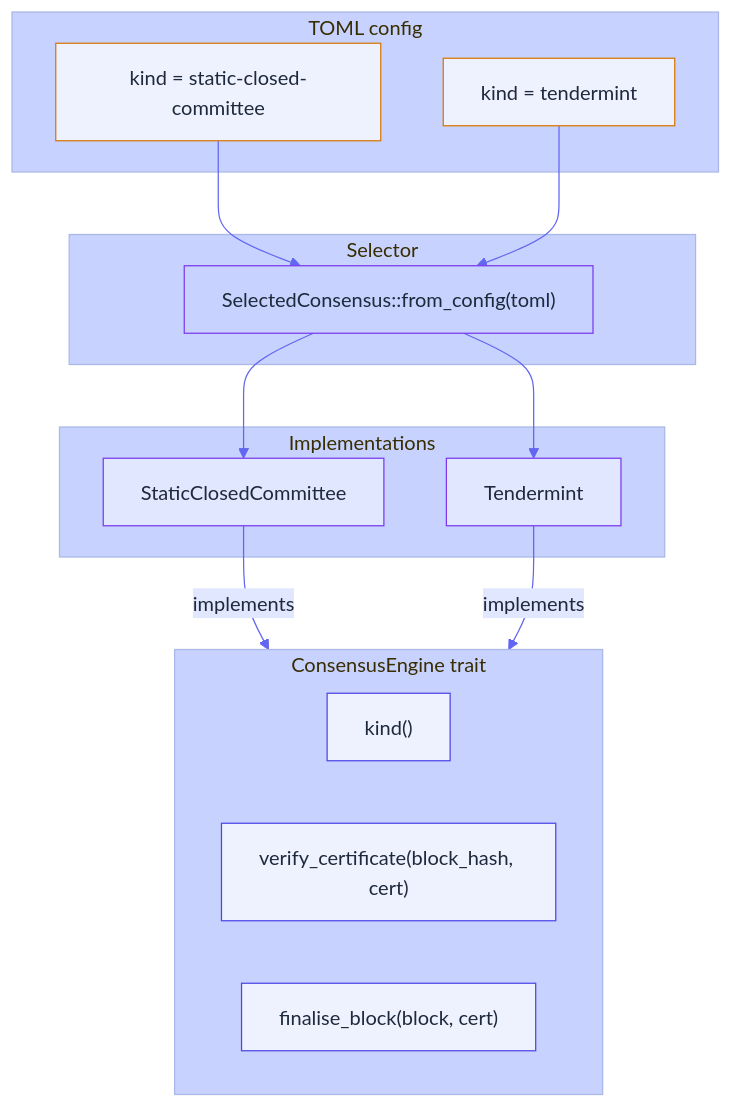
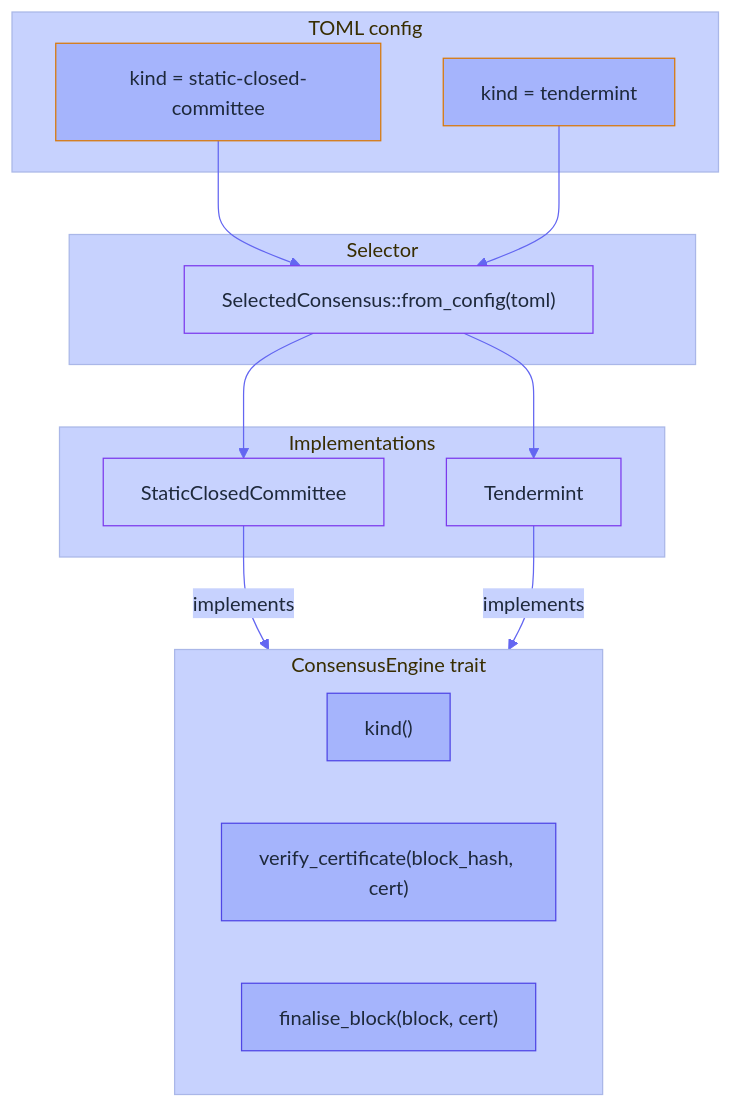
Before and after one commit to Myelin-Labs/Myelin: the first of 2 diagrams in docs/architecture/consensus.md, drawn with Mermaid. The commit also changed other lines of this file and 31 other files, not shown here.

````diff
--- a/docs/architecture/consensus.md
+++ b/docs/architecture/consensus.md
@@ -38,44 +38,44 @@
 ```mermaid
 %%{init: {
   "theme": "base",
   "themeVariables": {
-    "primaryColor": "#EEF2FF",
+    "primaryColor": "#A5B4FC",
     "primaryTextColor": "#1E293B",
     "primaryBorderColor": "#4F46E5",
     "lineColor": "#6366F1",
-    "secondaryColor": "#E0E7FF",
+    "secondaryColor": "#C7D2FE",
     "tertiaryColor": "#C7D2FE"
   }
 }}%%
 flowchart TB
     subgraph TR["ConsensusEngine trait"]
         K["kind()"]:::trait
         V["verify_certificate(block_hash, cert)"]:::trait
         F["finalise_block(block, cert)"]:::trait
     end
     subgraph ENGS["Implementations"]
         S["StaticClosedCommittee"]:::impl1
         T["Tendermint"]:::impl2
     end
     subgraph SEL["Selector"]
         SC["SelectedConsensus::from_config(toml)"]:::sel
     end
     subgraph CFG["TOML config"]
         C1["kind = static-closed-committee"]:::cfg
         C2["kind = tendermint"]:::cfg
     end
 
     SC --> S
     SC --> T
     C1 --> SC
     C2 --> SC
 
     S -->|implements| TR
     T -->|implements| TR
 
-    classDef trait fill:#EEF2FF,stroke:#4F46E5,color:#1E293B;
-    classDef impl1 fill:#E0E7FF,stroke:#7C3AED,color:#1E293B;
-    classDef impl2 fill:#E0E7FF,stroke:#7C3AED,color:#1E293B;
+    classDef trait fill:#A5B4FC,stroke:#4F46E5,color:#1E293B;
+    classDef impl1 fill:#C7D2FE,stroke:#7C3AED,color:#1E293B;
+    classDef impl2 fill:#C7D2FE,stroke:#7C3AED,color:#1E293B;
     classDef sel  fill:#C7D2FE,stroke:#7C3AED,color:#1E293B;
-    classDef cfg  fill:#EEF2FF,stroke:#D97706,color:#1E293B;
+    classDef cfg  fill:#A5B4FC,stroke:#D97706,color:#1E293B;
 ```
````
